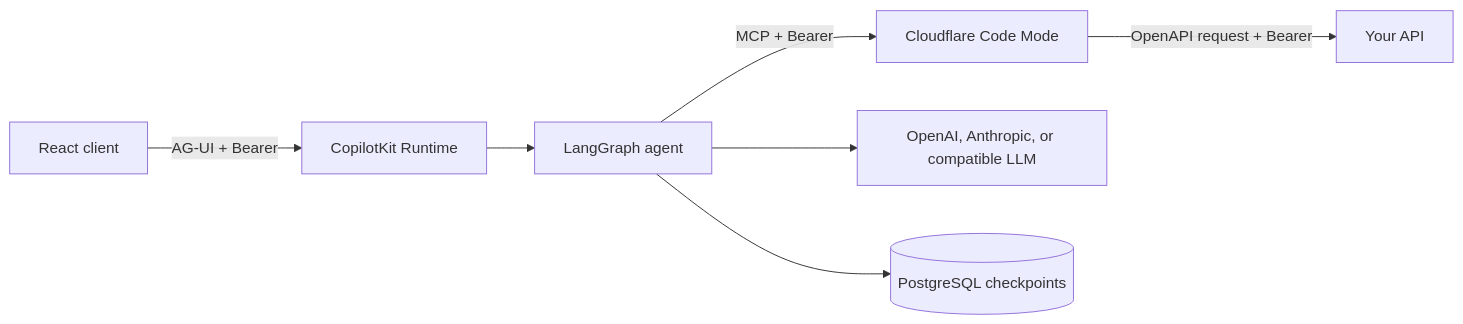
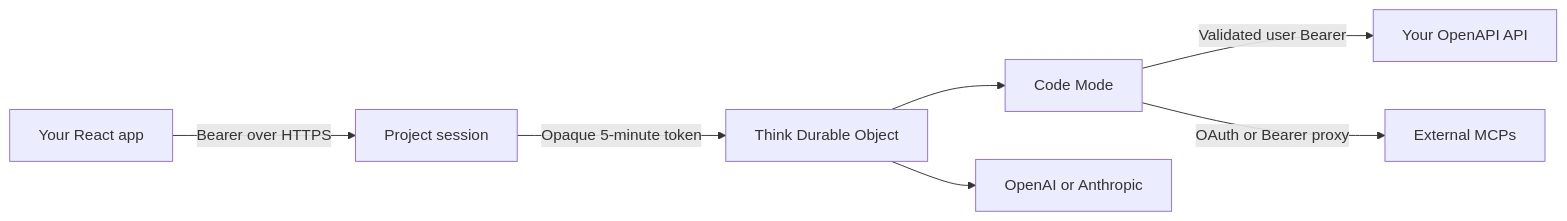
Before and after one commit to xamey/lemy: the diagram in README.md, drawn with Mermaid. The commit also changed other lines of this file and 143 other files, not shown here.

````diff
--- a/README.md
+++ b/README.md
@@ -7,9 +7,9 @@
 ```mermaid
 flowchart LR
-  UI["React client"] -->|"AG-UI + Bearer"| Runtime["CopilotKit Runtime"]
-  Runtime --> Agent["LangGraph agent"]
-  Agent -->|"MCP + Bearer"| CodeMode["Cloudflare Code Mode"]
-  CodeMode -->|"OpenAPI request + Bearer"| API["Your API"]
-  Agent --> LLM["OpenAI, Anthropic, or compatible LLM"]
-  Agent --> Postgres[("PostgreSQL checkpoints")]
+  App["Your React app"] -->|"Bearer over HTTPS"| Session["Project session"]
+  Session -->|"Opaque 5-minute token"| Think["Think Durable Object"]
+  Think --> Code["Code Mode"]
+  Code -->|"Validated user Bearer"| API["Your OpenAPI API"]
+  Code -->|"OAuth or Bearer proxy"| MCP["External MCPs"]
+  Think --> LLM["OpenAI or Anthropic"]
 ```
````
